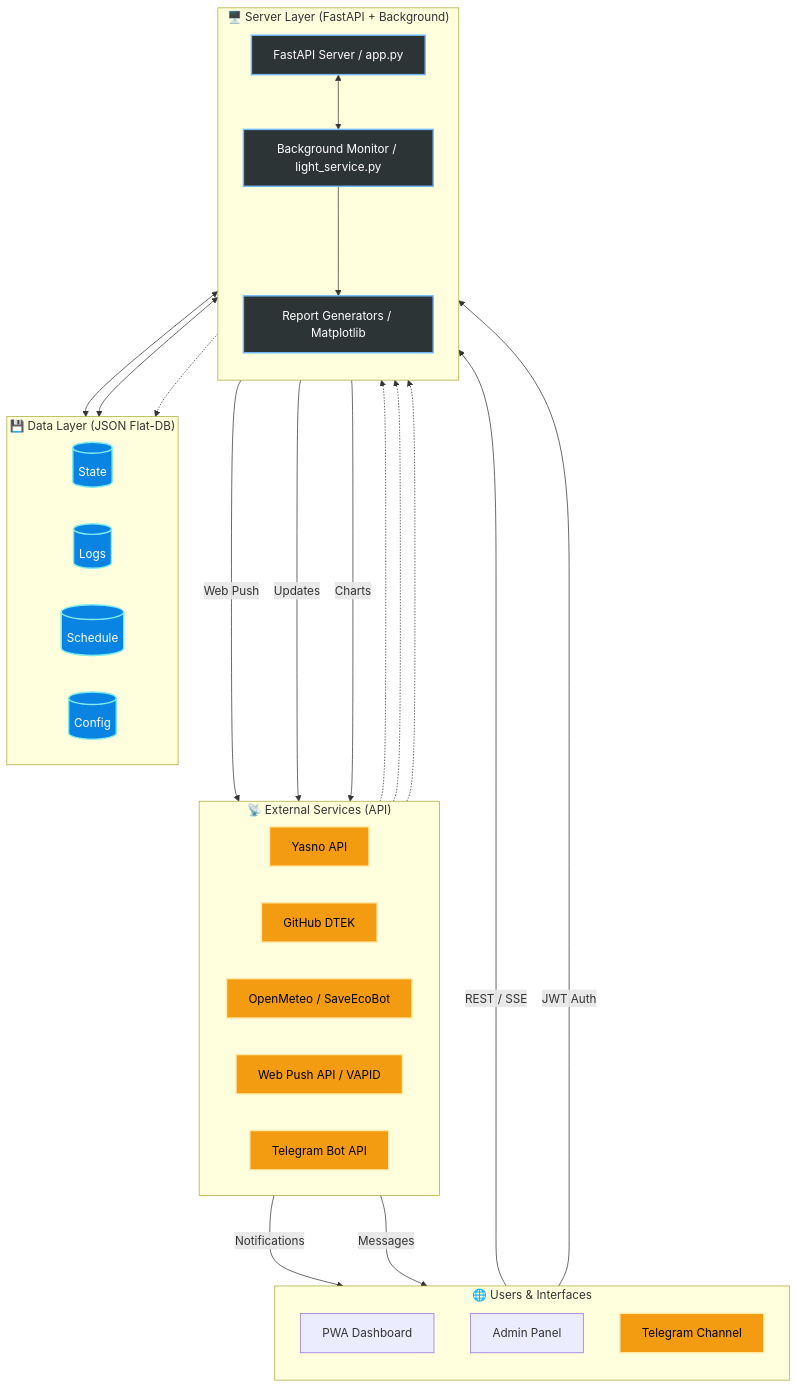
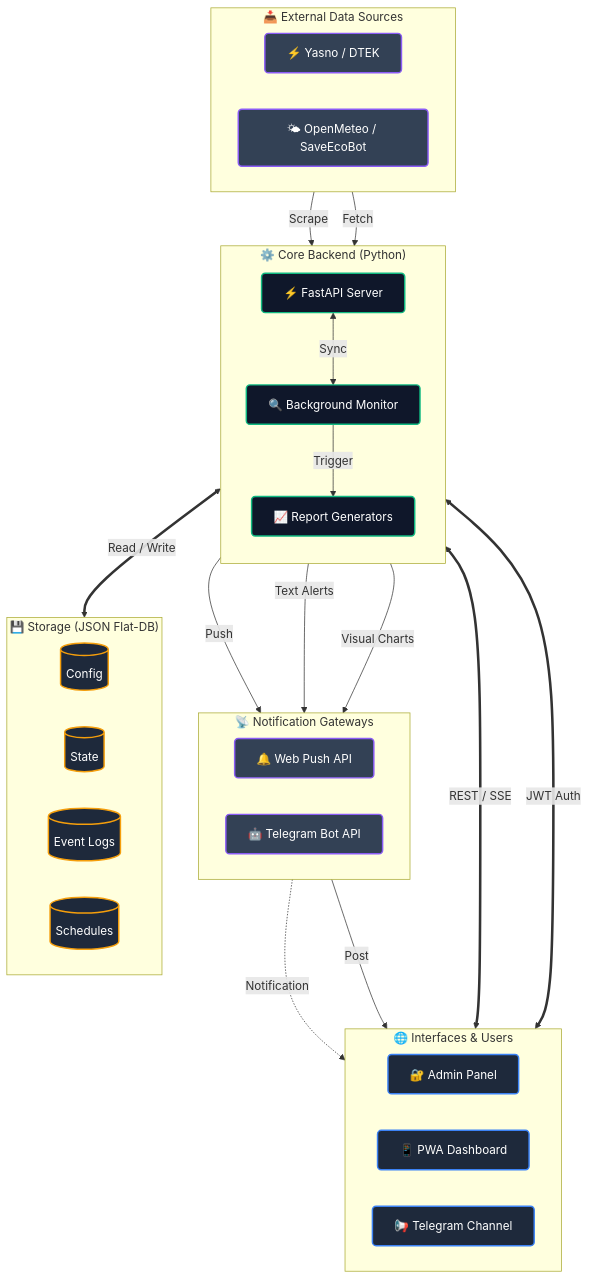
The diagram in README_ENG.md (weby-homelab/flash-monitor-kyiv), drawn with Mermaid before and after one commit. The commit also changed 1 other file, not shown here.

Commit message:
Docs: Redesign Mermaid architecture diagrams for better readability

````diff
--- a/README_ENG.md
+++ b/README_ENG.md
@@ -61,64 +61,72 @@
 ```mermaid
-graph TD
-    %% -- Styles --
-    classDef external fill:#f39c12,stroke:#ffeaa7,stroke-width:2px,color:#000
-    classDef layer fill:#2d3436,stroke:#74b9ff,stroke-width:2px,color:#fff
-    classDef data fill:#0984e3,stroke:#81ecec,stroke-width:2px,color:#fff
+flowchart TB
+    %% Colors & Styles
+    classDef frontend fill:#1e293b,stroke:#3b82f6,stroke-width:2px,color:#fff,rx:5px,ry:5px
+    classDef backend fill:#0f172a,stroke:#10b981,stroke-width:2px,color:#fff,rx:5px,ry:5px
+    classDef database fill:#1e293b,stroke:#f59e0b,stroke-width:2px,color:#fff,rx:5px,ry:5px
+    classDef external fill:#334155,stroke:#8b5cf6,stroke-width:2px,color:#fff,rx:5px,ry:5px
 
-    subgraph Users ["🌐 Users & Interfaces"]
-        direction TB
-        WEB[PWA Dashboard]
-        ADMIN[Admin Panel]
-        TG[Telegram Channel]
+    %% Interfaces
+    subgraph UI ["🌐 Interfaces & Users"]
+        direction LR
+        Admin["🔐 Admin Panel"]
+        PWA["📱 PWA Dashboard"]
+        Channel["📢 Telegram Channel"]
     end
 
-    subgraph External ["📡 External Services (API)"]
+    %% Middlewares / APIs
+    subgraph Gateways ["📡 Notification Gateways"]
         direction LR
-        YASNO[Yasno API]
-        DTEK[GitHub DTEK]
-        METEO[OpenMeteo / SaveEcoBot]
-        PUSH[Web Push API / VAPID]
-        BOT[Telegram Bot API]
+        WebPush["🔔 Web Push API"]
+        TgBot["🤖 Telegram Bot API"]
     end
 
-    subgraph App ["🖥️ Server Layer (FastAPI + Background)"]
+    %% Backend
+    subgraph Backend ["⚙️ Core Backend (Python)"]
         direction TB
-        API[FastAPI Server / app.py]
-        LMN[Background Monitor / light_service.py]
-        REP[Report Generators / Matplotlib]
+        API["⚡ FastAPI Server"]
+        Monitor["🔍 Background Monitor"]
+        Reports["📈 Report Generators"]
         
-        API <--> LMN
-        LMN ---> REP
+        API <-->|Sync| Monitor
+        Monitor -->|Trigger| Reports
     end
 
-    subgraph Data ["💾 Data Layer (JSON Flat-DB)"]
+    %% Data Sources
+    subgraph Sources ["📥 External Data Sources"]
         direction LR
-        STATE[(State)]
-        LOGS[(Logs)]
-        SCHED[(Schedule)]
-        CFG[(Config)]
+        Grid["⚡ Yasno / DTEK"]
+        Meteo["🌤 OpenMeteo / SaveEcoBot"]
     end
 
-    %% Connections
-    WEB --->|REST / SSE| API
-    ADMIN --->|JWT Auth| API
+    %% Storage
+    subgraph DB ["💾 Storage (JSON Flat-DB)"]
+        direction LR
+        Config[("Config")]
+        State[("State")]
+        Logs[("Event Logs")]
+        Schedule[("Schedules")]
+    end
+
+    %% Relations
+    PWA <==>|REST / SSE| API
+    Admin <==>|JWT Auth| API
     
-    API --->|Web Push| PUSH
-    PUSH --->|Notifications| WEB
+    API -->|Push| WebPush
+    WebPush -.->|Notification| PWA
     
-    LMN --->|Updates| BOT
-    REP --->|Charts| BOT
-    BOT --->|Messages| TG
+    Monitor -->|Text Alerts| TgBot
+    Reports -->|Visual Charts| TgBot
+    TgBot -->|Post| Channel
     
-    YASNO -.-> LMN
-    DTEK -.-> LMN
-    METEO -.-> API
+    Sources -->|Scrape| Monitor
+    Sources -->|Fetch| API
     
-    API <--> Data
-    LMN <--> Data
-    REP -.-> Data
+    Backend <==>|Read / Write| DB
 
-    class TG,YASNO,DTEK,METEO,PUSH,BOT external
-    class API,LMN,REP layer
-    class STATE,LOGS,SCHED,CFG data
+    %% Styling apply
+    class PWA,Admin,Channel frontend
+    class API,Monitor,Reports backend
+    class Config,State,Logs,Schedule database
+    class WebPush,TgBot,Grid,Meteo external
 ```
````
